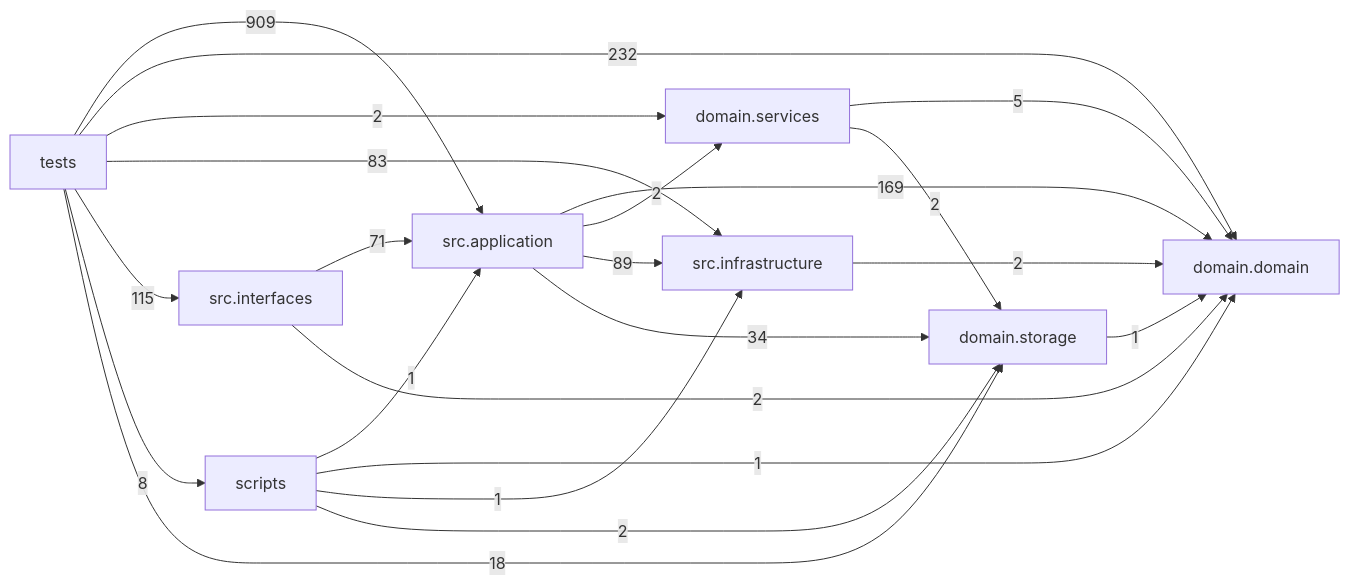
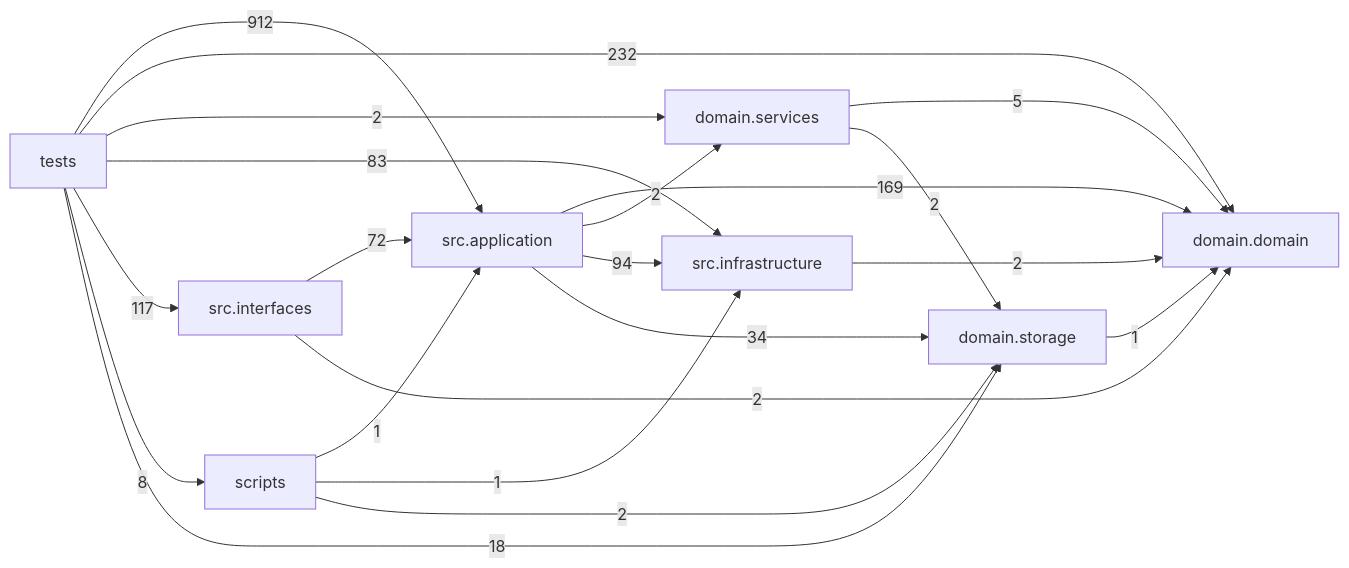
One commit to liuxie066/options-monitor changed the diagram in docs/DEPENDENCY_GRAPH.md. Above: the diagram before and after it, drawn with Mermaid. The commit also changed other lines of this file and 93 other files, not shown here.

````diff
--- a/docs/DEPENDENCY_GRAPH.md
+++ b/docs/DEPENDENCY_GRAPH.md
@@ -24,32 +24,31 @@
 ```mermaid
 flowchart LR
   tests["tests"]
   scripts["scripts"]
   interfaces["src.interfaces"]
   application["src.application"]
   infrastructure["src.infrastructure"]
   domain_services["domain.services"]
   domain["domain.domain"]
   storage["domain.storage"]
   application -->|169| domain
   application -->|2| domain_services
-  application -->|89| infrastructure
+  application -->|94| infrastructure
   application -->|34| storage
   domain_services -->|5| domain
   domain_services -->|2| storage
   infrastructure -->|2| domain
-  interfaces -->|71| application
+  interfaces -->|72| application
   interfaces -->|2| domain
   scripts -->|1| application
-  scripts -->|1| domain
   scripts -->|1| infrastructure
   scripts -->|2| storage
   storage -->|1| domain
-  tests -->|909| application
+  tests -->|912| application
   tests -->|232| domain
   tests -->|2| domain_services
   tests -->|83| infrastructure
-  tests -->|115| interfaces
+  tests -->|117| interfaces
   tests -->|8| scripts
   tests -->|18| storage
 ```
````
